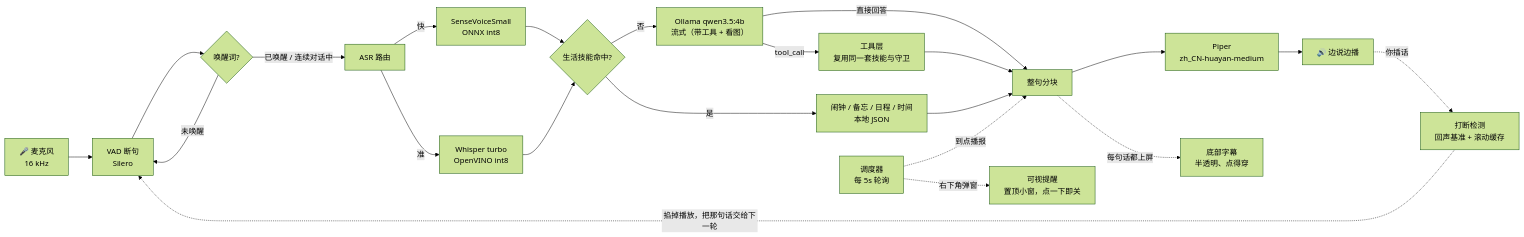
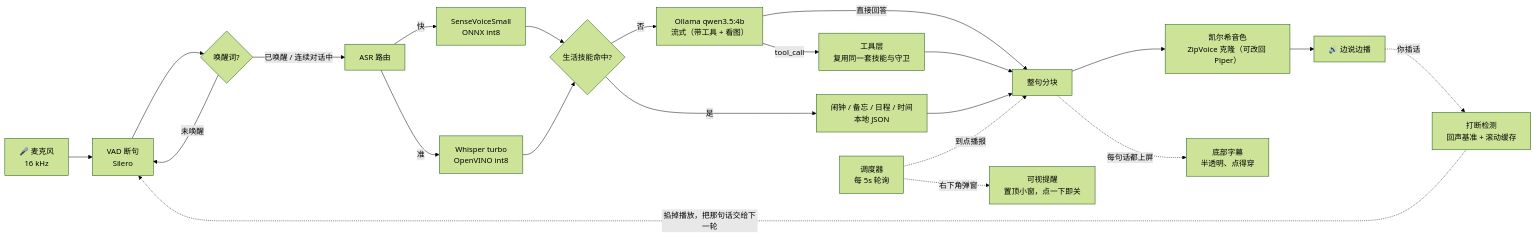
One commit to Azurwolf1024/local_assistant changed the diagram in README.md. Above: the diagram before and after it, drawn with Mermaid (forest theme). The commit also changed other lines of this file and 5 other files, not shown here.

````diff
--- a/README.md
+++ b/README.md
@@ -14,26 +14,26 @@
 ```mermaid
 flowchart LR
     A["🎤 麦克风<br/>16 kHz"] --> B["VAD 断句<br/>Silero"]
     B --> C{"唤醒词?"}
     C -->|未唤醒| B
     C -->|已唤醒 / 连续对话中| D["ASR 路由"]
     D -->|快| E["SenseVoiceSmall<br/>ONNX int8"]
     D -->|准| F["Whisper turbo<br/>OpenVINO int8"]
     E --> G{"生活技能命中?"}
     F --> G
     G -->|是| H["闹钟 / 备忘 / 日程 / 时间<br/>本地 JSON"]
     G -->|否| I["Ollama qwen3.5:4b<br/>流式（带工具 + 看图）"]
     I -->|直接回答| J["整句分块"]
     I -->|tool_call| Q["工具层<br/>复用同一套技能与守卫"]
     Q --> J
     H --> J
-    J --> K["Piper<br/>zh_CN-huayan-medium"]
+    J --> K["凯尔希音色<br/>ZipVoice 克隆（可改回 Piper）"]
     K --> L["🔊 边说边播"]
 
     M["调度器<br/>每 5s 轮询"] -. 到点播报 .-> J
     M -. 右下角弹窗 .-> N["可视提醒<br/>置顶小窗，点一下即关"]
 
     J -. 每句话都上屏 .-> O["底部字幕<br/>半透明、点得穿"]
     L -. 你插话 .-> P["打断检测<br/>回声基准 + 滚动缓存"]
     P -. 掐掉播放，把那句话交给下一轮 .-> B
 ```
````
